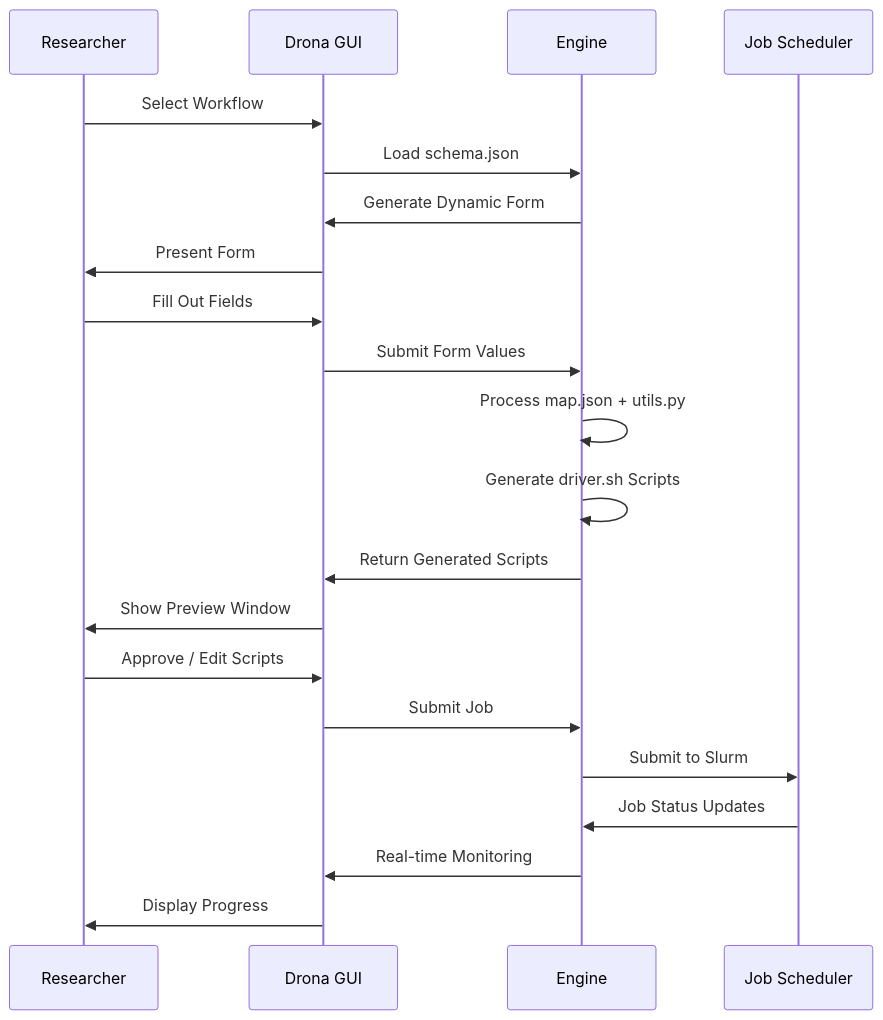
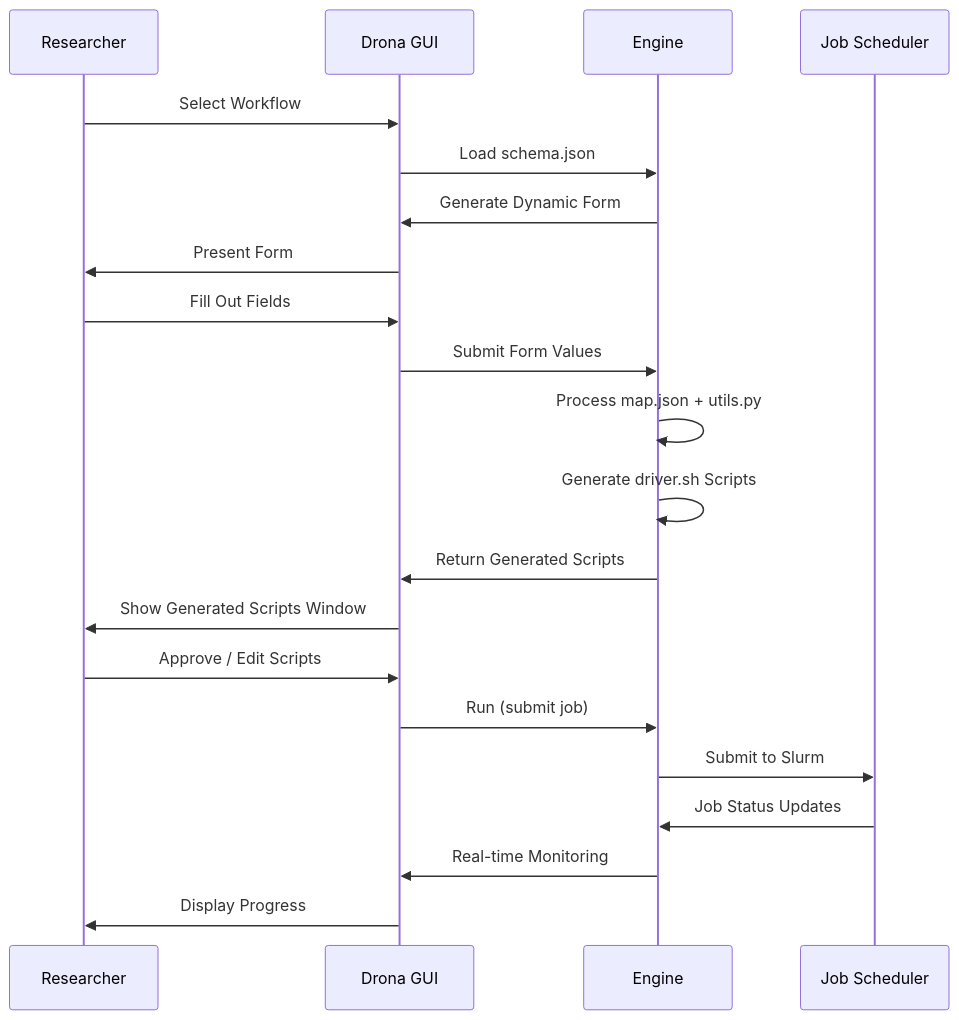
One commit to tamu-edu/dor-hprc-drona-composer changed the second of 2 diagrams in website/docs/overview/architecture.md. Above: the diagram before and after it, drawn with Mermaid. The commit also changed 16 other files, not shown here.

````diff
--- a/website/docs/overview/architecture.md
+++ b/website/docs/overview/architecture.md
@@ -106,24 +106,24 @@
 ```mermaid
 sequenceDiagram
     participant R as Researcher
     participant D as Drona GUI
     participant E as Engine
     participant H as Job Scheduler
 
     R->>D: Select Workflow
     D->>E: Load schema.json
     E->>D: Generate Dynamic Form
     D->>R: Present Form
     R->>D: Fill Out Fields
     D->>E: Submit Form Values
     E->>E: Process map.json + utils.py
     E->>E: Generate driver.sh Scripts
     E->>D: Return Generated Scripts
-    D->>R: Show Preview Window
+    D->>R: Show Generated Scripts Window
     R->>D: Approve / Edit Scripts
-    D->>E: Submit Job
+    D->>E: Run (submit job)
     E->>H: Submit to Slurm
     H->>E: Job Status Updates
     E->>D: Real-time Monitoring
     D->>R: Display Progress
 ```
````
